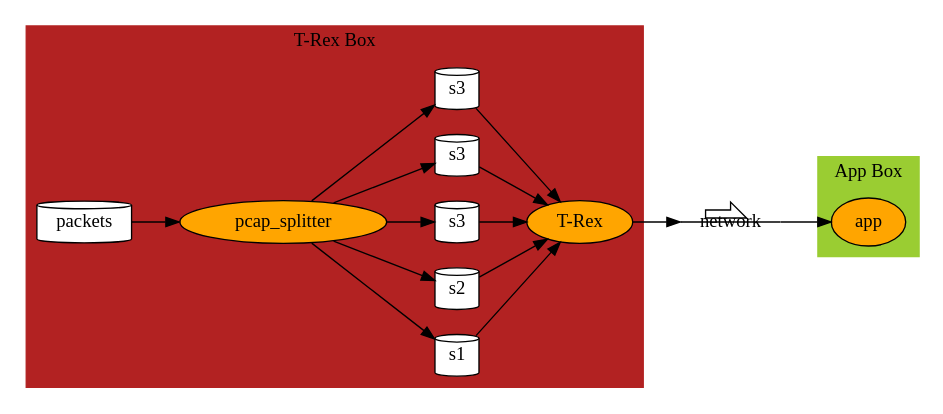
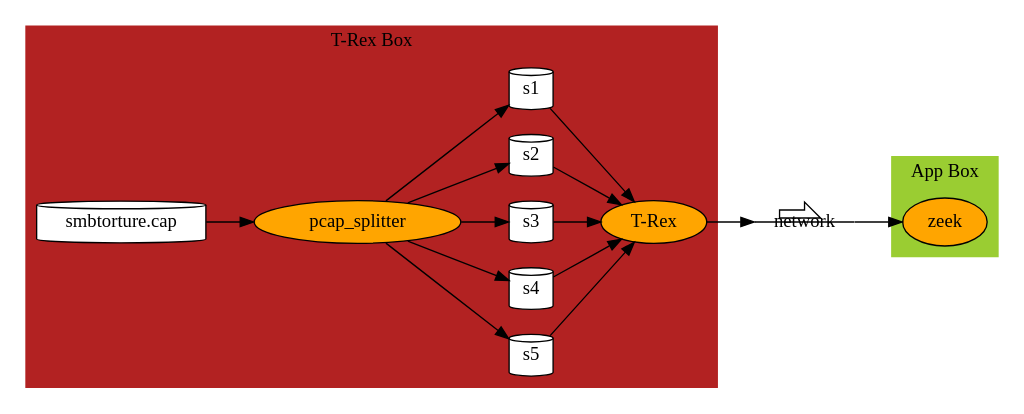
The diagram in trex/split-trex-app.dot (jasonlue/digest), drawn with Graphviz before and after one commit. The commit also changed 11 other files, not shown here.

```diff
--- a/trex/split-trex-app.dot
+++ b/trex/split-trex-app.dot
@@ -1,21 +1,21 @@
 digraph{
     rankdir=LR
     subgraph cluster_trex{ label="T-Rex Box" color=firebrick style=filled
-    node[label="packets", shape=cylinder, style=filled, fillcolor=white, width=0.2, height=0.2]
-    p0[label="packets"]
-    s1[label="s1"]
-    s2[label="s2"]
-    s3[label="s3"]
-    s4[label="s3"]
-    s5[label="s3"]
+    node[shape=cylinder, style=filled, fillcolor=white, width=0.2, height=0.2]
+    p0[label="smbtorture.cap"]
+    s5
+    s4
+    s3
+    s2
+    s1
     trex[label="T-Rex", shape=ellipse, fillcolor=orange, style=filled]
     split[label="pcap_splitter", shape=ellipse, fillcolor=orange, style=filled]
     }
     network[shape="primersite"]
 
     subgraph cluster_app{ label="App Box" color=yellowgreen style=filled
-        app[shape=ellipse, fillcolor=orange, style=filled]
+        zeek[shape=ellipse, fillcolor=orange, style=filled]
     }
     
-p0 -> split->{s1,s2,s3,s4,s5} -> trex ->network -> app
+p0 -> split->{s1,s2,s3,s4,s5} -> trex ->network -> zeek
 }
```
